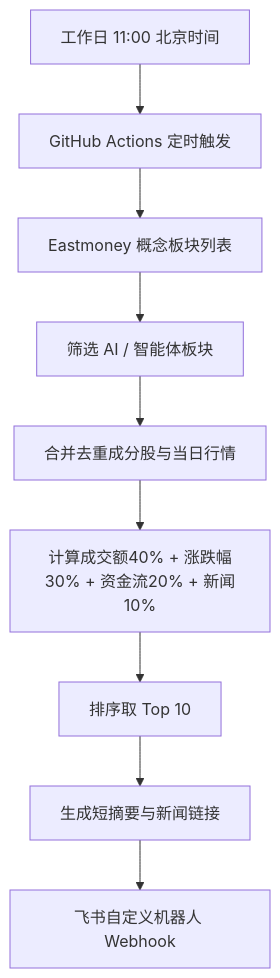
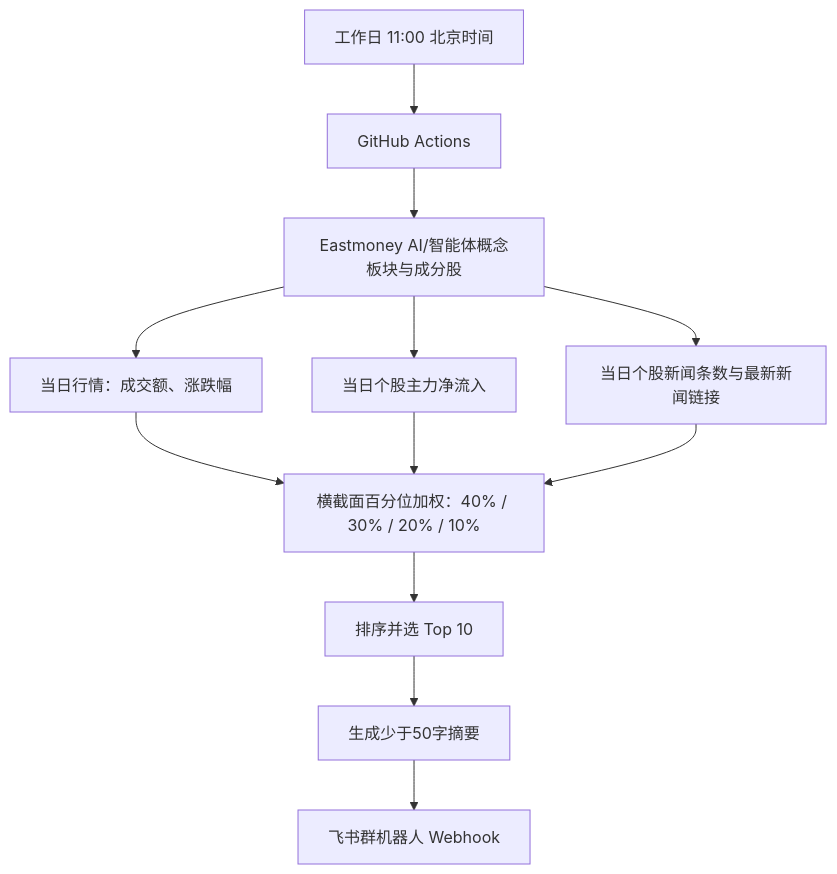
Before and after one commit to raochuanxiang/a-share-agent-daily: the diagram in docs/flowchart.mmd, drawn with Mermaid. The commit also changed 4 other files, not shown here.

Commit message:
Implement weighted fund flow and news scoring

```diff
--- a/docs/flowchart.mmd
+++ b/docs/flowchart.mmd
@@ -1,9 +1,12 @@
 flowchart TD
- A[工作日 11:00 北京时间] --> B[GitHub Actions 定时触发]
- B --> C[Eastmoney 概念板块列表]
- C --> D[筛选 AI / 智能体板块]
- D --> E[合并去重成分股与当日行情]
- E --> F[计算成交额40% + 涨跌幅30% + 资金流20% + 新闻10%]
- F --> G[排序取 Top 10]
- G --> H[生成短摘要与新闻链接]
- H --> I[飞书自定义机器人 Webhook]
+ A[工作日 11:00 北京时间] --> B[GitHub Actions]
+ B --> C[Eastmoney AI/智能体概念板块与成分股]
+ C --> D[当日行情：成交额、涨跌幅]
+ C --> E[当日个股主力净流入]
+ C --> F[当日个股新闻条数与最新新闻链接]
+ D --> G[横截面百分位加权：40% / 30% / 20% / 10%]
+ E --> G
+ F --> G
+ G --> H[排序并选 Top 10]
+ H --> I[生成少于50字摘要]
+ I --> J[飞书群机器人 Webhook]
```
